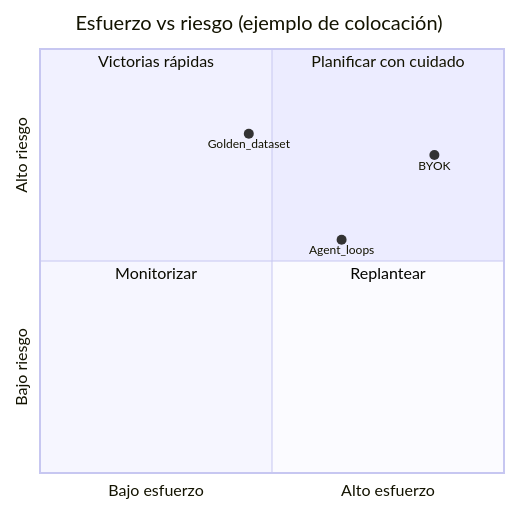
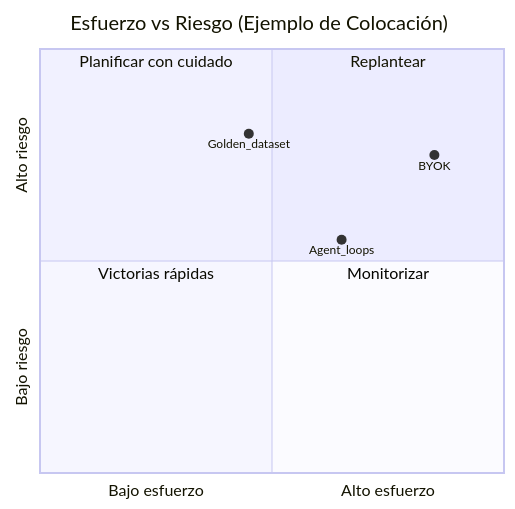
The diagram in docs/tor-gap/gap-analysis-workbook.md (13g4d0/docu-es), drawn with Mermaid before and after one commit.

Commit message:
fix(docs): correct Mermaid quadrant chart syntax in gap workbook

````diff
--- a/docs/tor-gap/gap-analysis-workbook.md
+++ b/docs/tor-gap/gap-analysis-workbook.md
@@ -20,13 +20,13 @@
 ```mermaid
 quadrantChart
-  title Esfuerzo vs riesgo (ejemplo de colocación)
-  x-axis Bajo esfuerzo --> Alto esfuerzo
-  y-axis Bajo riesgo --> Alto riesgo
-  quadrant-1 Planificar con cuidado
-  quadrant-2 Victorias rápidas
-  quadrant-3 Monitorizar
-  quadrant-4 Replantear
-  BYOK: [0.85, 0.75]
-  Agent_loops: [0.65, 0.55]
-  Golden_dataset: [0.45, 0.80]
+    title Esfuerzo vs Riesgo (Ejemplo de Colocación)
+    x-axis "Bajo esfuerzo" --> "Alto esfuerzo"
+    y-axis "Bajo riesgo" --> "Alto riesgo"
+    quadrant-1 "Replantear"
+    quadrant-2 "Planificar con cuidado"
+    quadrant-3 "Victorias rápidas"
+    quadrant-4 "Monitorizar"
+    "BYOK": [0.85, 0.75]
+    "Agent_loops": [0.65, 0.55]
+    "Golden_dataset": [0.45, 0.80]
 ```
````
